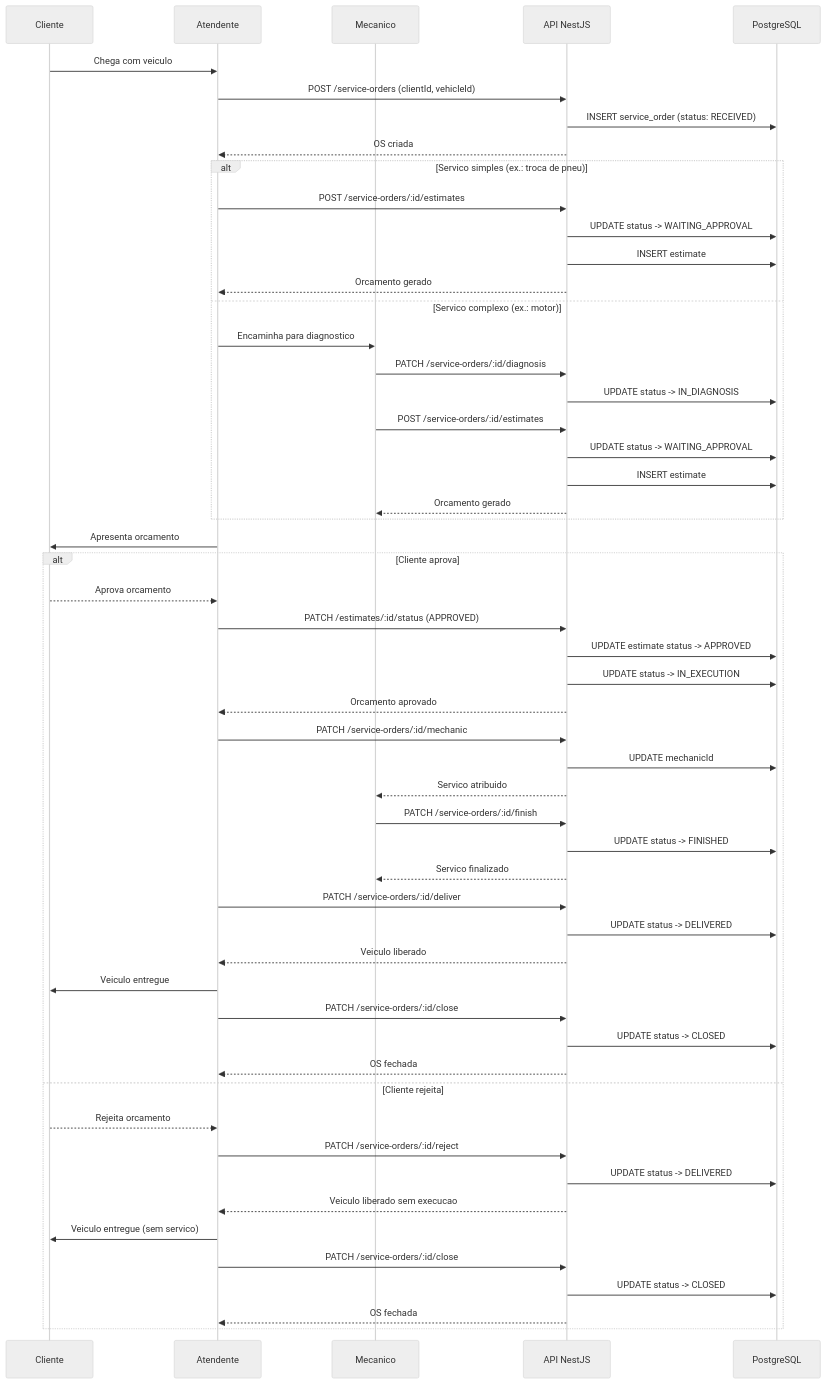
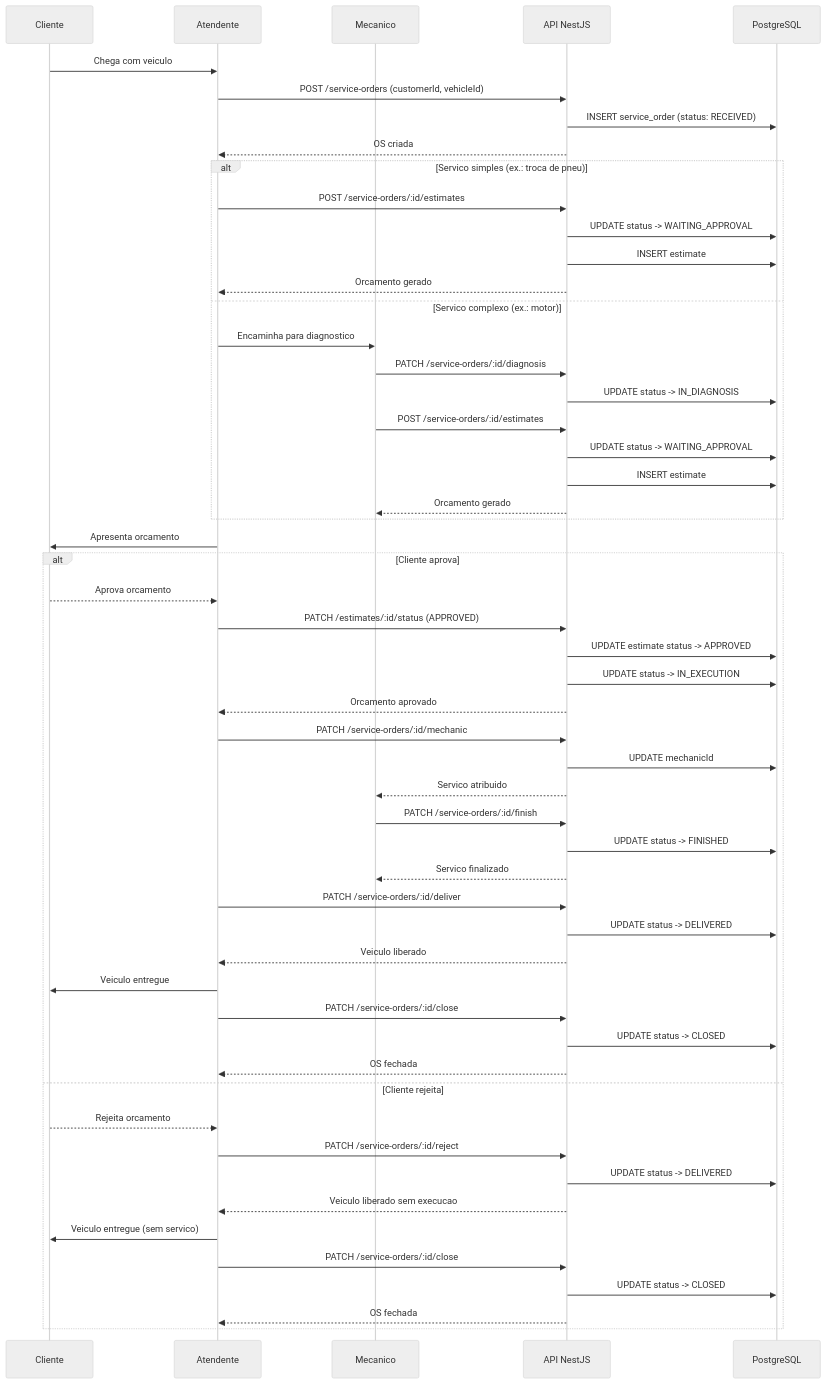
One commit to DevKaue/TechChallange changed the diagram in docs/diagrams/06-fluxo-completo-os.mmd. Above: the diagram before and after it, drawn with Mermaid (neutral theme). The commit also changed 46 other files, not shown here.

```diff
--- a/docs/diagrams/06-fluxo-completo-os.mmd
+++ b/docs/diagrams/06-fluxo-completo-os.mmd
@@ -1,58 +1,58 @@
 sequenceDiagram
     participant C as Cliente
     participant A as Atendente
     participant M as Mecanico
     participant API as API NestJS
     participant DB as PostgreSQL
 
     C->>A: Chega com veiculo
-    A->>API: POST /service-orders (clientId, vehicleId)
+    A->>API: POST /service-orders (customerId, vehicleId)
     API->>DB: INSERT service_order (status: RECEIVED)
     API-->>A: OS criada
 
     alt Servico simples (ex.: troca de pneu)
         A->>API: POST /service-orders/:id/estimates
         API->>DB: UPDATE status -> WAITING_APPROVAL
         API->>DB: INSERT estimate
         API-->>A: Orcamento gerado
     else Servico complexo (ex.: motor)
         A->>M: Encaminha para diagnostico
         M->>API: PATCH /service-orders/:id/diagnosis
         API->>DB: UPDATE status -> IN_DIAGNOSIS
         M->>API: POST /service-orders/:id/estimates
         API->>DB: UPDATE status -> WAITING_APPROVAL
         API->>DB: INSERT estimate
         API-->>M: Orcamento gerado
     end
 
     A->>C: Apresenta orcamento
 
     alt Cliente aprova
         C-->>A: Aprova orcamento
         A->>API: PATCH /estimates/:id/status (APPROVED)
         API->>DB: UPDATE estimate status -> APPROVED
         API->>DB: UPDATE status -> IN_EXECUTION
         API-->>A: Orcamento aprovado
         A->>API: PATCH /service-orders/:id/mechanic
         API->>DB: UPDATE mechanicId
         API-->>M: Servico atribuido
         M->>API: PATCH /service-orders/:id/finish
         API->>DB: UPDATE status -> FINISHED
         API-->>M: Servico finalizado
         A->>API: PATCH /service-orders/:id/deliver
         API->>DB: UPDATE status -> DELIVERED
         API-->>A: Veiculo liberado
         A->>C: Veiculo entregue
         A->>API: PATCH /service-orders/:id/close
         API->>DB: UPDATE status -> CLOSED
         API-->>A: OS fechada
     else Cliente rejeita
         C-->>A: Rejeita orcamento
         A->>API: PATCH /service-orders/:id/reject
         API->>DB: UPDATE status -> DELIVERED
         API-->>A: Veiculo liberado sem execucao
         A->>C: Veiculo entregue (sem servico)
         A->>API: PATCH /service-orders/:id/close
         API->>DB: UPDATE status -> CLOSED
         API-->>A: OS fechada
     end
```
